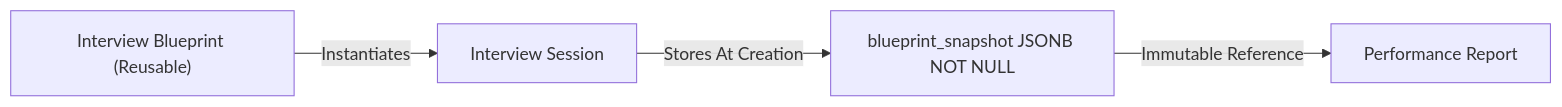
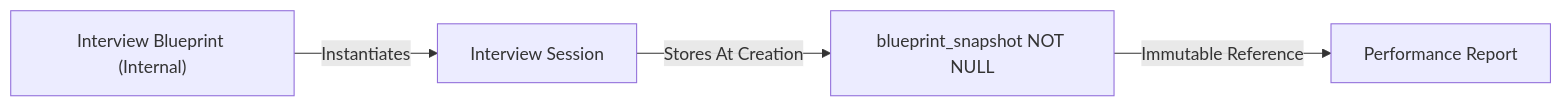
Before and after one commit to swp391-group3/ai-interview-practice-brain: the diagram in 02_System/Data-Relationships.md, drawn with Mermaid. The commit also changed other lines of this file and 17 other files, not shown here.

````diff
--- a/02_System/Data-Relationships.md
+++ b/02_System/Data-Relationships.md
@@ -45,6 +44,6 @@
 ```mermaid
 flowchart LR
-    BP["Interview Blueprint (Reusable)"] -->|"Instantiates"| SESS["Interview Session"]
-    SESS -->|"Stores At Creation"| SNAP["blueprint_snapshot JSONB NOT NULL"]
+    BP["Interview Blueprint (Internal)"] -->|"Instantiates"| SESS["Interview Session"]
+    SESS -->|"Stores At Creation"| SNAP["blueprint_snapshot NOT NULL"]
     SNAP -->|"Immutable Reference"| REP["Performance Report"]
 ```
````
